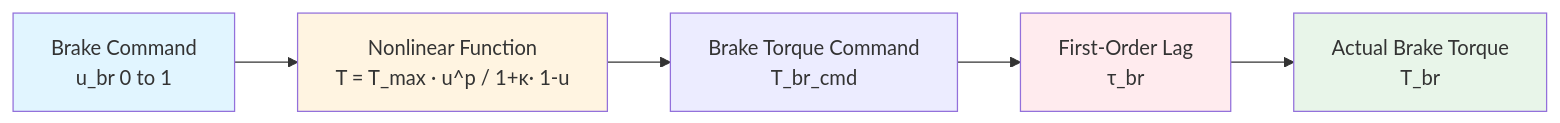
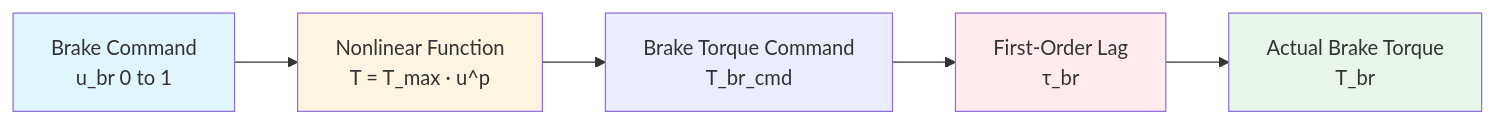
One commit to imagry/VehicleDynamics changed the fourth of 6 diagrams in docs/dynamics_model.md. Above: the diagram before and after it, drawn with Mermaid. The commit also changed other lines of this file and 33 other files, not shown here.

````diff
--- a/docs/dynamics_model.md
+++ b/docs/dynamics_model.md
@@ -434,12 +434,12 @@
 ```mermaid
 graph LR
-    A[Brake Command<br/>u_br 0 to 1] --> B[Nonlinear Function<br/>T = T_max · u^p / 1+κ· 1-u]
+    A[Brake Command<br/>u_br 0 to 1] --> B[Nonlinear Function<br/>T = T_max · u^p]
     B --> C[Brake Torque Command<br/>T_br_cmd]
     C --> D[First-Order Lag<br/>τ_br]
     D --> E[Actual Brake Torque<br/>T_br]
     
     style A fill:#e1f5ff
     style B fill:#fff4e1
     style D fill:#ffebee
     style E fill:#e8f5e9
 ```
````
